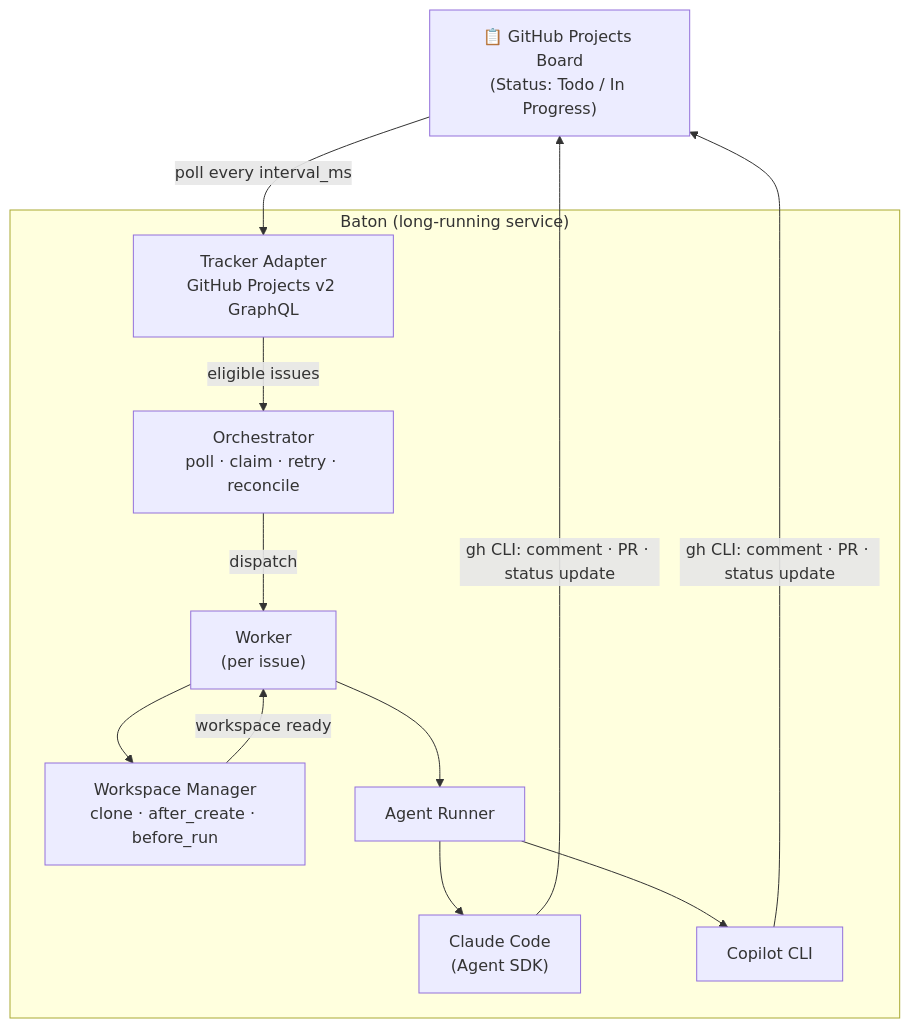
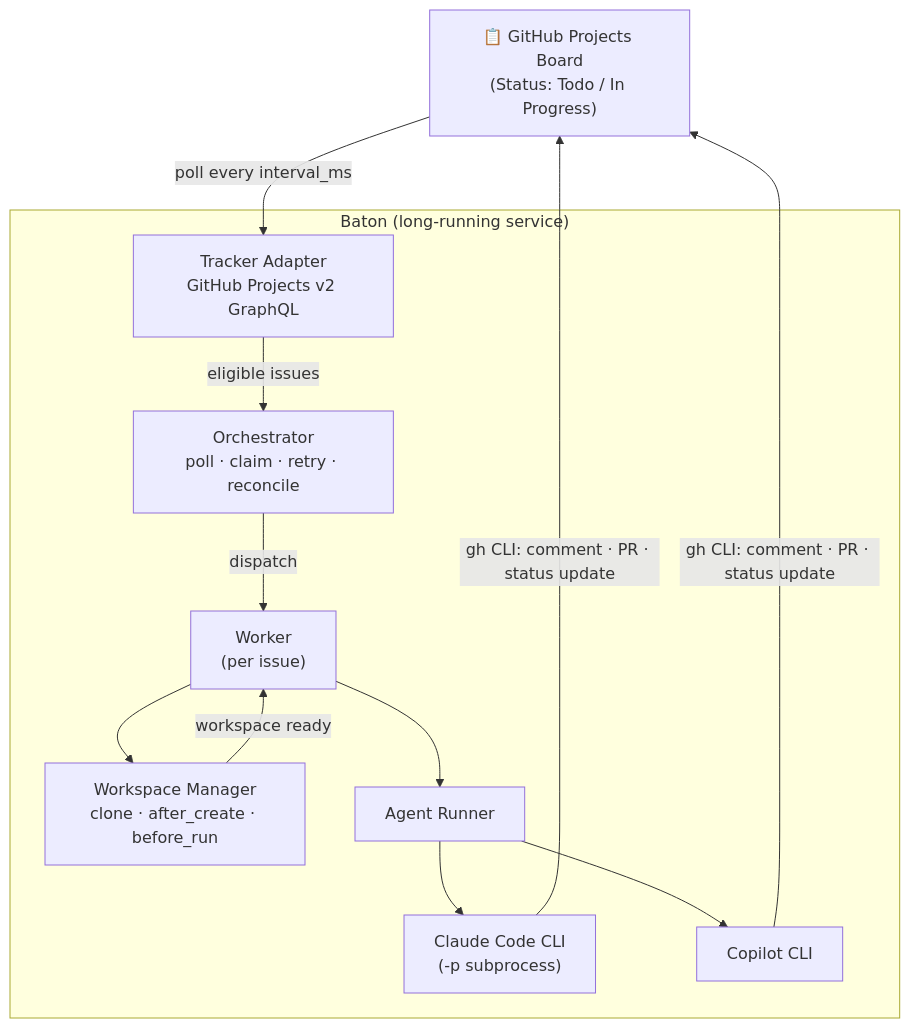
The diagram in README.md (keinstn/baton), drawn with Mermaid before and after one commit. The commit also changed other lines of this file, not shown here.

````diff
--- a/README.md
+++ b/README.md
@@ -175,25 +180,25 @@
 ```mermaid
 flowchart TD
     Board["📋 GitHub Projects Board\n(Status: Todo / In Progress)"]
 
     subgraph Baton["Baton (long-running service)"]
         Orchestrator["Orchestrator\npoll · claim · retry · reconcile"]
         TrackerAdapter["Tracker Adapter\nGitHub Projects v2 GraphQL"]
         Worker["Worker\n(per issue)"]
         WorkspaceManager["Workspace Manager\nclone · after_create · before_run"]
         AgentRunner["Agent Runner"]
-        ClaudeCode["Claude Code\n(Agent SDK)"]
+        ClaudeCode["Claude Code CLI\n(-p subprocess)"]
         CopilotCLI["Copilot CLI"]
     end
 
     Board -->|"poll every interval_ms"| TrackerAdapter
     TrackerAdapter -->|"eligible issues"| Orchestrator
     Orchestrator -->|"dispatch"| Worker
     Worker --> WorkspaceManager
     WorkspaceManager -->|"workspace ready"| Worker
     Worker --> AgentRunner
     AgentRunner --> ClaudeCode
     AgentRunner --> CopilotCLI
     ClaudeCode -->|"gh CLI: comment · PR · status update"| Board
     CopilotCLI -->|"gh CLI: comment · PR · status update"| Board
 ```
````
